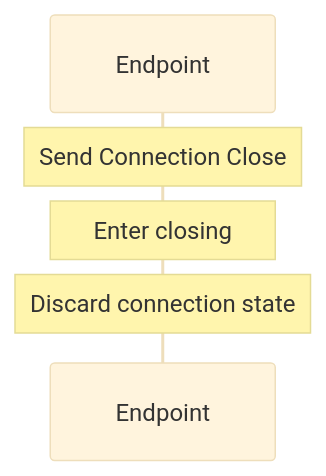
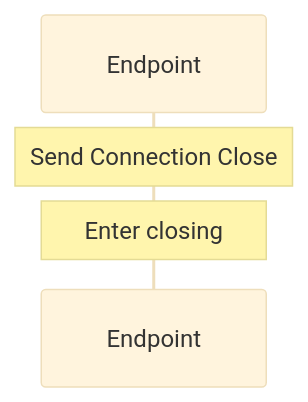
One commit to BehavioML/specifications changed the diagram in examples/quic/generated/mermaid/workflow-sequence-endpoint-close_connection.mmd. Above: the diagram before and after it, drawn with Mermaid (base theme). The commit also changed 16 other files, not shown here.

```diff
--- a/examples/quic/generated/mermaid/workflow-sequence-endpoint-close_connection.mmd
+++ b/examples/quic/generated/mermaid/workflow-sequence-endpoint-close_connection.mmd
@@ -1,6 +1,5 @@
 sequenceDiagram
   participant endpoint as Endpoint
 
   Note over endpoint: Send Connection Close
   Note over endpoint: Enter closing
-  Note over endpoint: Discard connection state
```
